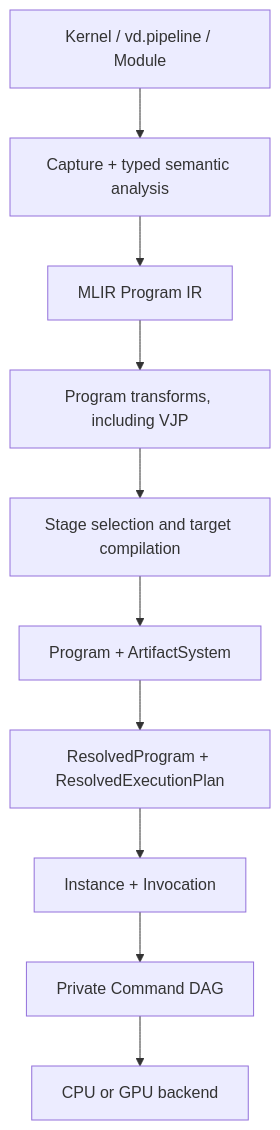
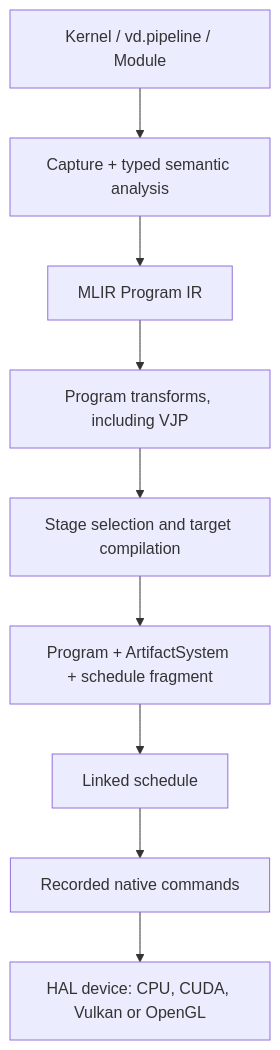
One commit to morphling666/VernonDSL changed the diagram in ARCHITECTURE.md. Above: the diagram before and after it, drawn with Mermaid. The commit also changed other lines of this file and 259 other files, not shown here.

````diff
--- a/ARCHITECTURE.md
+++ b/ARCHITECTURE.md
@@ -16,16 +16,15 @@
 ```mermaid
 flowchart TD
     Source["Kernel / vd.pipeline / Module"]
     Frontend["Capture + typed semantic analysis"]
     ProgramIR["MLIR Program IR"]
     Transform["Program transforms, including VJP"]
     Compile["Stage selection and target compilation"]
-    Bundle["Program + ArtifactSystem"]
-    Resolve["ResolvedProgram + ResolvedExecutionPlan"]
-    Invoke["Instance + Invocation"]
-    Commands["Private Command DAG"]
-    Backend["CPU or GPU backend"]
+    Bundle["Program + ArtifactSystem + schedule fragment"]
+    Link["Linked schedule"]
+    Record["Recorded native commands"]
+    Backend["HAL device: CPU, CUDA, Vulkan or OpenGL"]
 
     Source --> Frontend --> ProgramIR --> Transform --> Compile
-    Compile --> Bundle --> Resolve --> Invoke --> Commands --> Backend
+    Compile --> Bundle --> Link --> Record --> Backend
 ```
````
